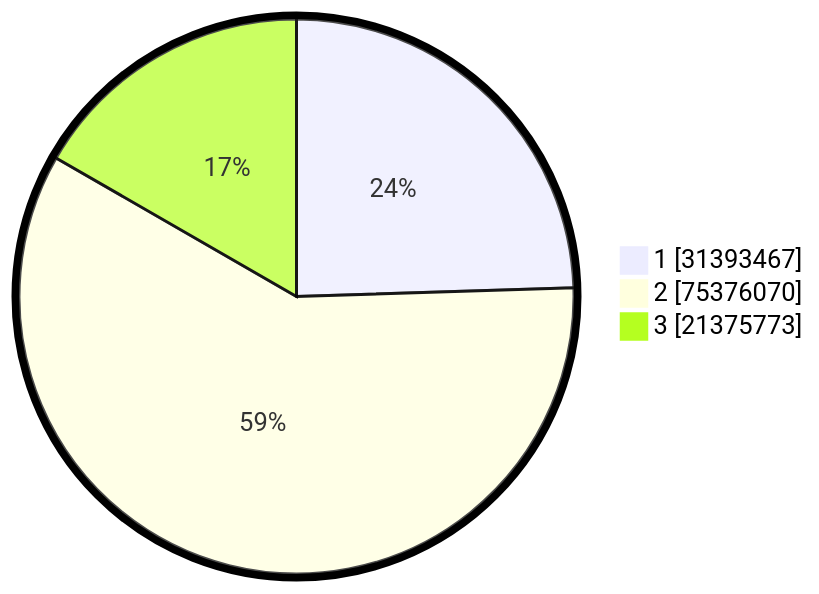
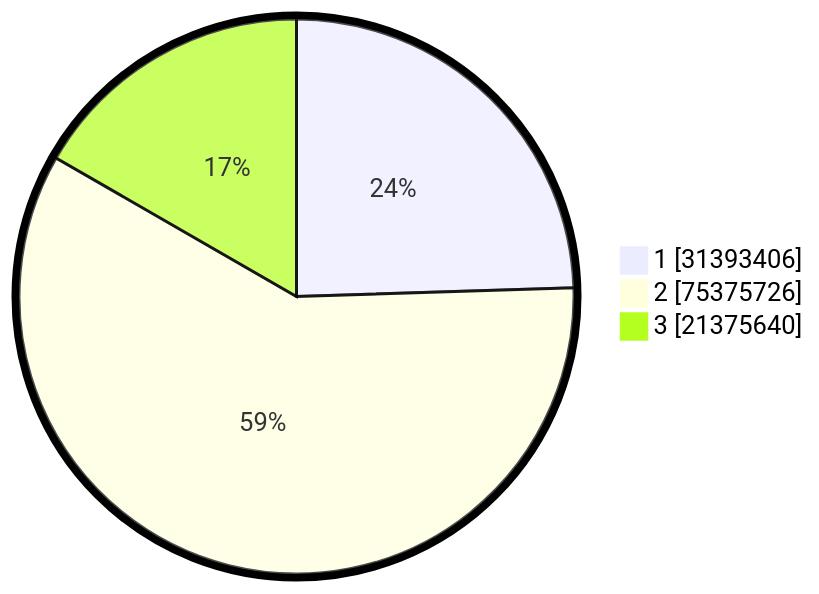
The second of 2 diagrams in pilpres/hitung-suara/README.md (gigit-pemilu/pemilu-2024), drawn with Mermaid before and after one commit. The commit also changed other lines of this file and 10 other files, not shown here.

````diff
--- a/pilpres/hitung-suara/README.md
+++ b/pilpres/hitung-suara/README.md
@@ -93,7 +93,7 @@
 ```mermaid
 %%{init: {"pie": {"textPosition": 0.5}, "themeVariables": {"pieOuterStrokeWidth": "5px"}} }%%
 pie showData
-    "1" : 31393467
-    "2" : 75376070
-    "3" : 21375773
+    "1" : 31393406
+    "2" : 75375726
+    "3" : 21375640
 ```
````
